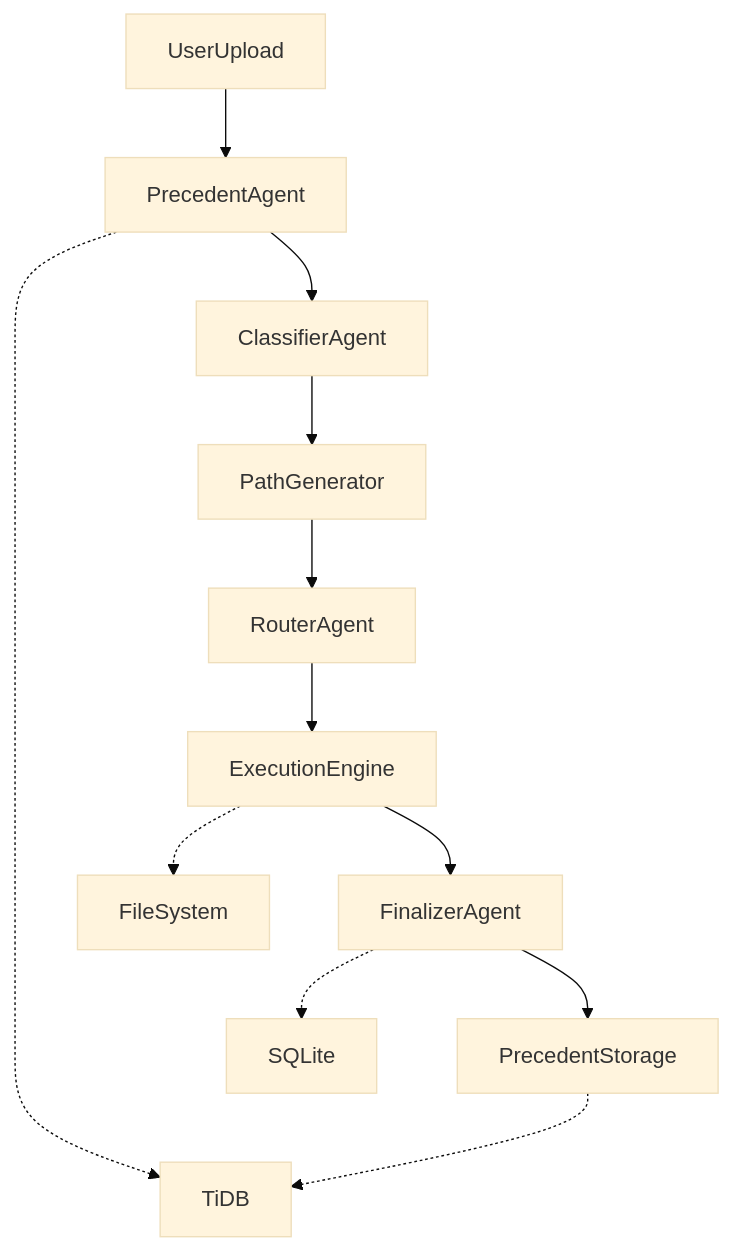
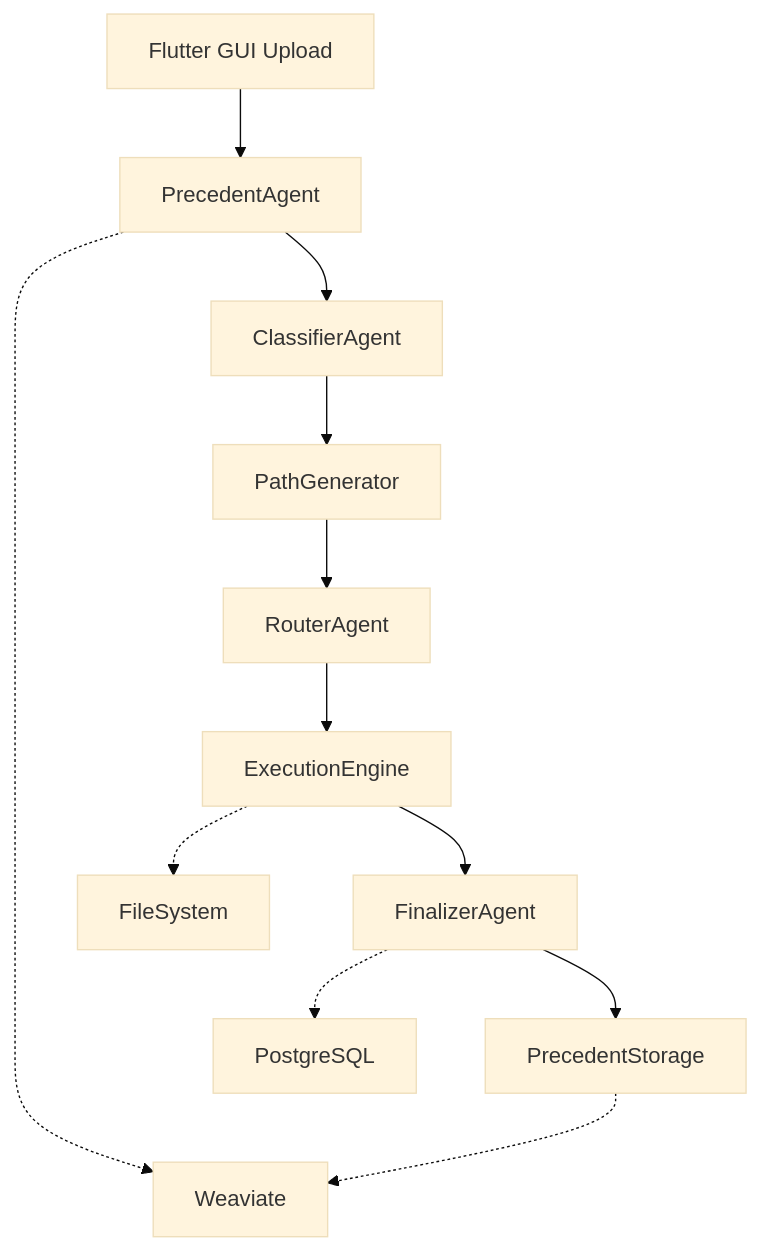
Before and after one commit to pr0ta9/Genesis: the diagram in README.md, drawn with Mermaid (base theme). The commit also changed other lines of this file and 311 other files, not shown here.

````diff
--- a/README.md
+++ b/README.md
@@ -173,15 +191,15 @@
 ```mermaid
 graph TD
-    UserUpload --> PrecedentAgent
+    UserUpload[Flutter GUI Upload] --> PrecedentAgent
     PrecedentAgent --> ClassifierAgent
     ClassifierAgent --> PathGenerator
     PathGenerator --> RouterAgent
     RouterAgent --> ExecutionEngine
     ExecutionEngine --> FinalizerAgent
     FinalizerAgent --> PrecedentStorage
     
-    PrecedentAgent -.-> TiDB
-    PrecedentStorage -.-> TiDB
+    PrecedentAgent -.-> Weaviate
+    PrecedentStorage -.-> Weaviate
     ExecutionEngine -.-> FileSystem
-    FinalizerAgent -.-> SQLite
+    FinalizerAgent -.-> PostgreSQL
 ```
````
